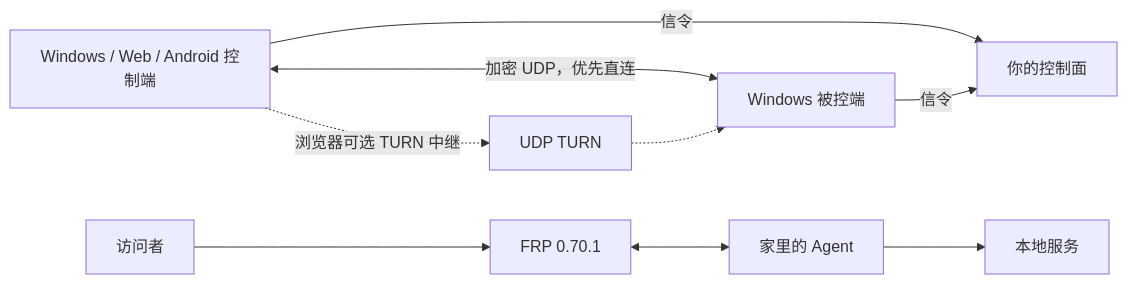
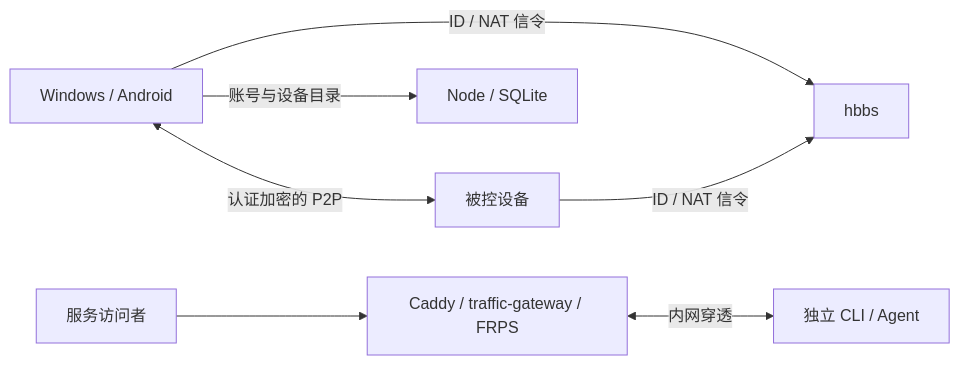
One commit to ZHanry/home-tunnel changed the diagram in README.md. Above: the diagram before and after it, drawn with Mermaid. The commit also changed other lines of this file and 38 other files, not shown here.

Commit message:
Integrate HomeDesk candidate channels, strict P2P architecture and compact distribution releases

````diff
--- a/README.md
+++ b/README.md
@@ -40,11 +19,9 @@
 ```mermaid
 flowchart LR
-  Controller[Windows / Web / Android 控制端] <-->|加密 UDP，优先直连| Host[Windows 被控端]
-  Controller -.->|浏览器可选 TURN 中继| Relay[UDP TURN]
-  Relay -.-> Host
-  Controller -->|信令| Control[你的控制面]
-  Host -->|信令| Control
-  Visitor[访问者] --> FRP[FRP 0.70.1]
-  FRP <--> Agent[家里的 Agent]
-  Agent --> App[本地服务]
+  A[Windows / Android] <-->|认证加密的 P2P| B[被控设备]
+  A -->|ID / NAT 信令| H[hbbs]
+  B -->|ID / NAT 信令| H
+  A -->|账号与设备目录| C[Node / SQLite]
+  V[服务访问者] --> E[Caddy / traffic-gateway / FRPS]
+  E <-->|内网穿透| T[独立 CLI / Agent]
 ```
````
